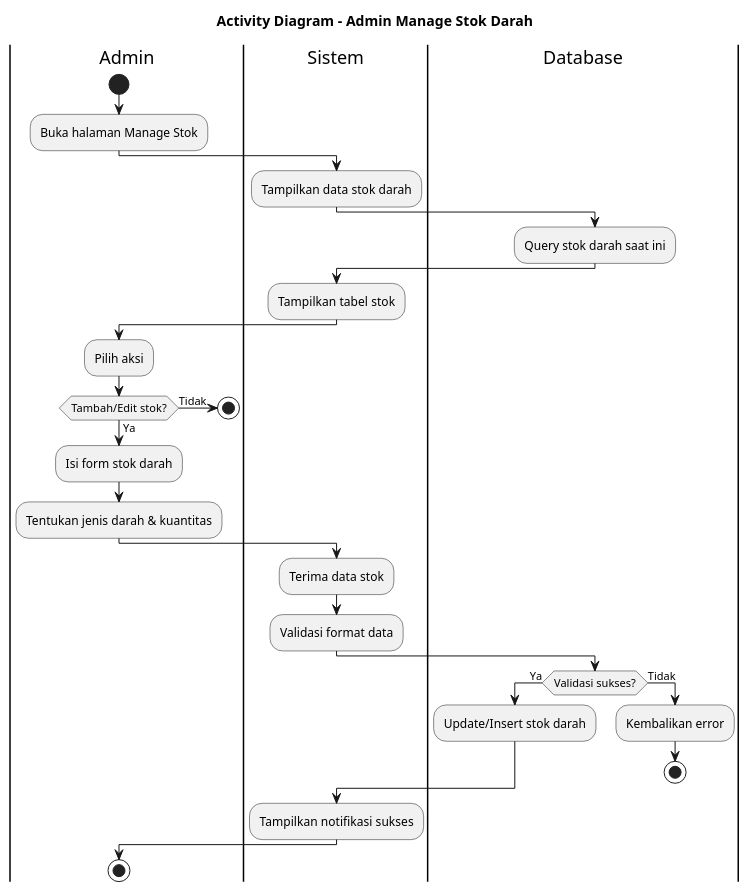
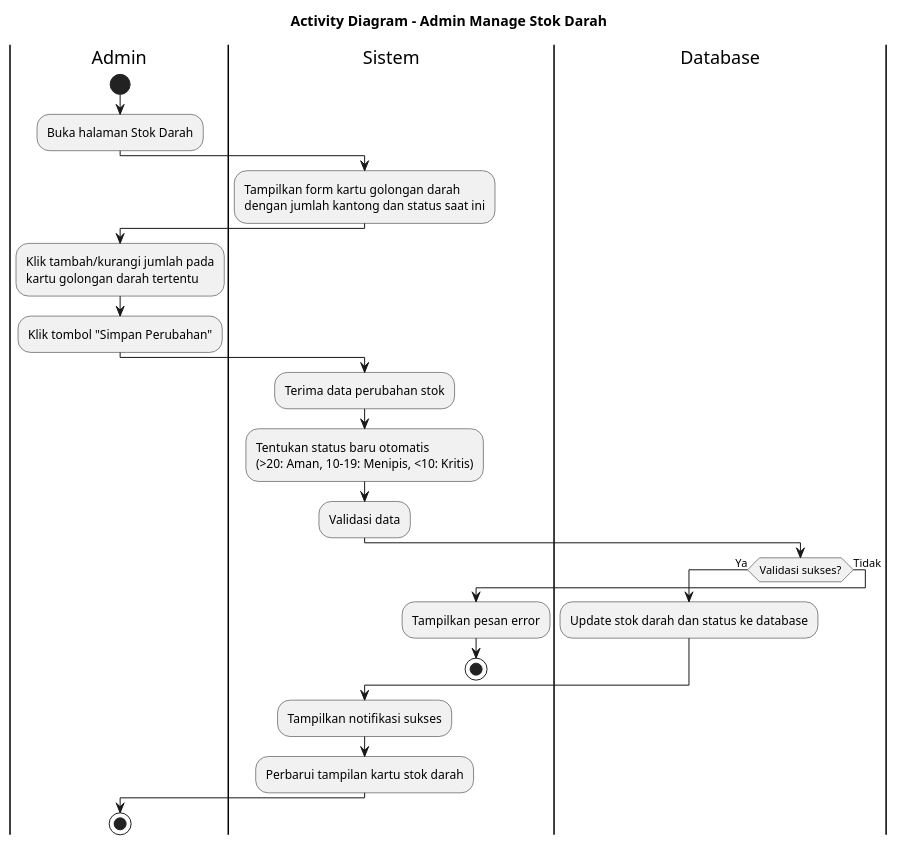
The diagram in diagram/activitydiagram_admin_manage_stok.puml (jaddu17/capstonepmikp), drawn with PlantUML before and after one commit. The commit also changed 7 other files, not shown here.

```diff
--- a/diagram/activitydiagram_admin_manage_stok.puml
+++ b/diagram/activitydiagram_admin_manage_stok.puml
@@ -1,44 +1,39 @@
 @startuml ACTIVITY_DIAGRAM_ADMIN_MANAGE_STOK
 title Activity Diagram - Admin Manage Stok Darah
 
 |Admin|
 start
-:Buka halaman Manage Stok;
+:Buka halaman Stok Darah;
 
 |Sistem|
-:Tampilkan data stok darah;
+:Tampilkan form kartu golongan darah
+dengan jumlah kantong dan status saat ini;
 
-|Database|
-:Query stok darah saat ini;
+|Admin|
+:Klik tambah/kurangi jumlah pada
+kartu golongan darah tertentu;
+:Klik tombol "Simpan Perubahan";
 
 |Sistem|
-:Tampilkan tabel stok;
-
-|Admin|
-:Pilih aksi;
-if (Tambah/Edit stok?) then (Ya)
-  :Isi form stok darah;
-  :Tentukan jenis darah & kuantitas;
-else (Tidak)
-  stop
-endif
-
-|Sistem|
-:Terima data stok;
-:Validasi format data;
+:Terima data perubahan stok;
+:Tentukan status baru otomatis
+(>20: Aman, 10-19: Menipis, <10: Kritis);
+:Validasi data;
 
 |Database|
 if (Validasi sukses?) then (Ya)
-  :Update/Insert stok darah;
+  :Update stok darah dan status ke database;
 else (Tidak)
-  :Kembalikan error;
+  |Sistem|
+  :Tampilkan pesan error;
   stop
 endif
 
 |Sistem|
 :Tampilkan notifikasi sukses;
+:Perbarui tampilan kartu stok darah;
 
 |Admin|
 stop
 
 @enduml
```
